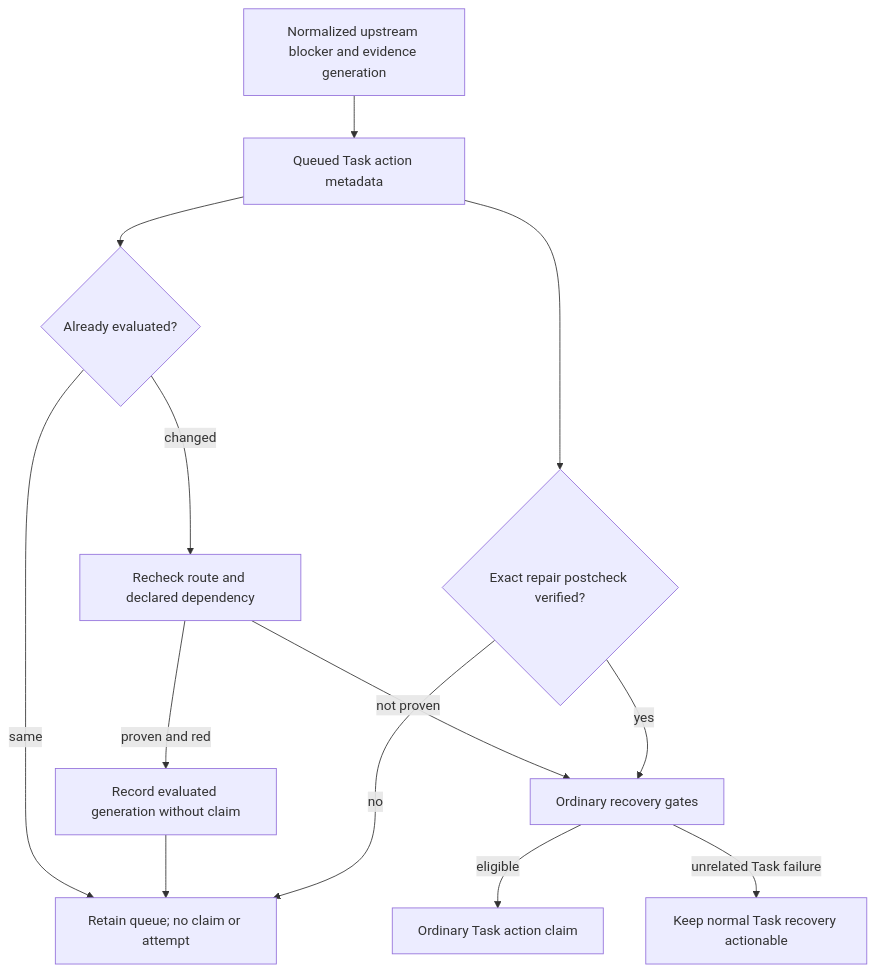
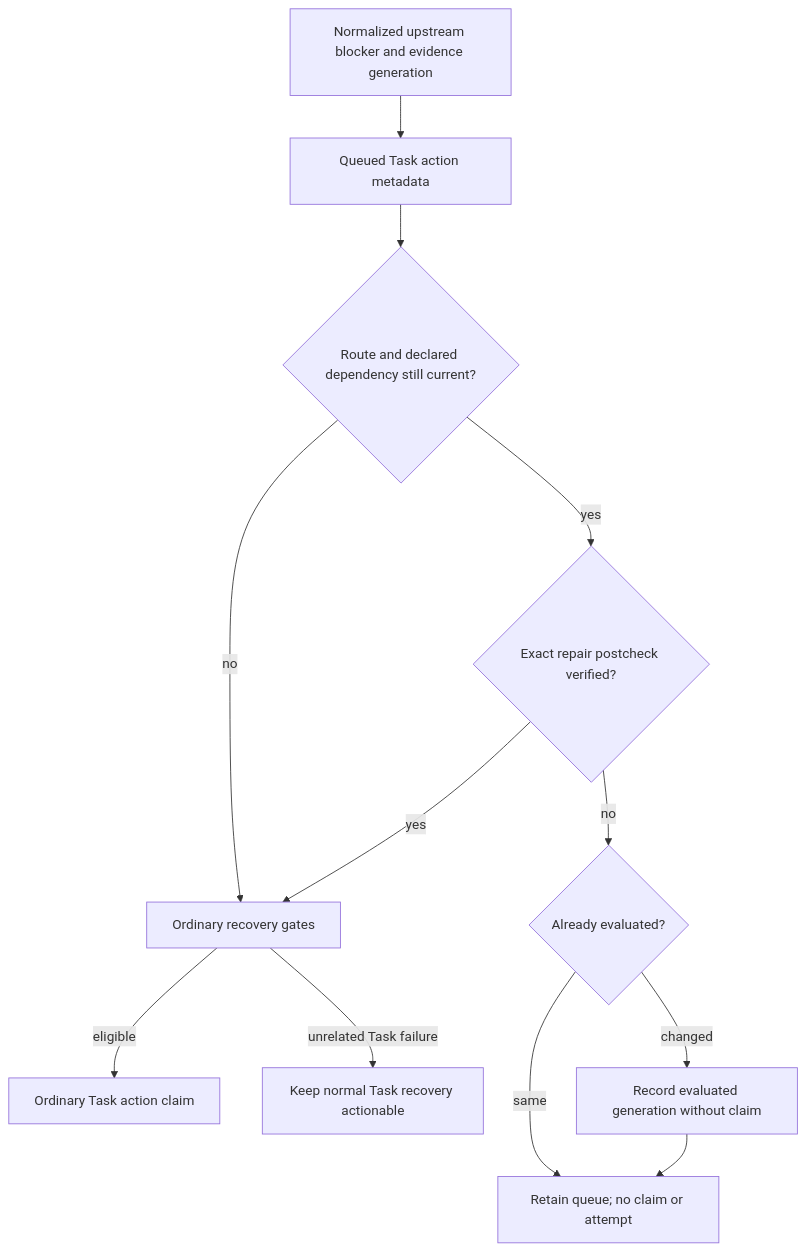
One commit to vincentc-b/CascadeCode changed the fifth of 6 diagrams in cascade/task/DESIGN.md. Above: the diagram before and after it, drawn with Mermaid. The commit also changed 3 other files, not shown here.

Commit message:
docs: reconcile integrated delivery gates and architecture verification

````diff
--- a/cascade/task/DESIGN.md
+++ b/cascade/task/DESIGN.md
@@ -371,15 +371,14 @@
 ```mermaid
 flowchart TD
     Red[Normalized upstream blocker and evidence generation] --> Persist[Queued Task action metadata]
-    Persist --> Compare{Already evaluated?}
+    Persist --> Relationship{Route and declared dependency still current?}
+    Relationship -->|no| Gates[Ordinary recovery gates]
+    Relationship -->|yes| Verify{Exact repair postcheck verified?}
+    Verify -->|yes| Gates
+    Verify -->|no| Compare{Already evaluated?}
     Compare -->|same| Wait[Retain queue; no claim or attempt]
-    Compare -->|changed| Relationship[Recheck route and declared dependency]
-    Relationship -->|proven and red| Evaluate[Record evaluated generation without claim]
-    Relationship -->|not proven| Gates[Ordinary recovery gates]
+    Compare -->|changed| Evaluate[Record evaluated generation without claim]
     Evaluate --> Wait
     Gates -->|eligible| Attempt[Ordinary Task action claim]
     Gates -->|unrelated Task failure| TaskOwner[Keep normal Task recovery actionable]
-    Persist --> Verify{Exact repair postcheck verified?}
-    Verify -->|no| Wait
-    Verify -->|yes| Gates
 ```
````
